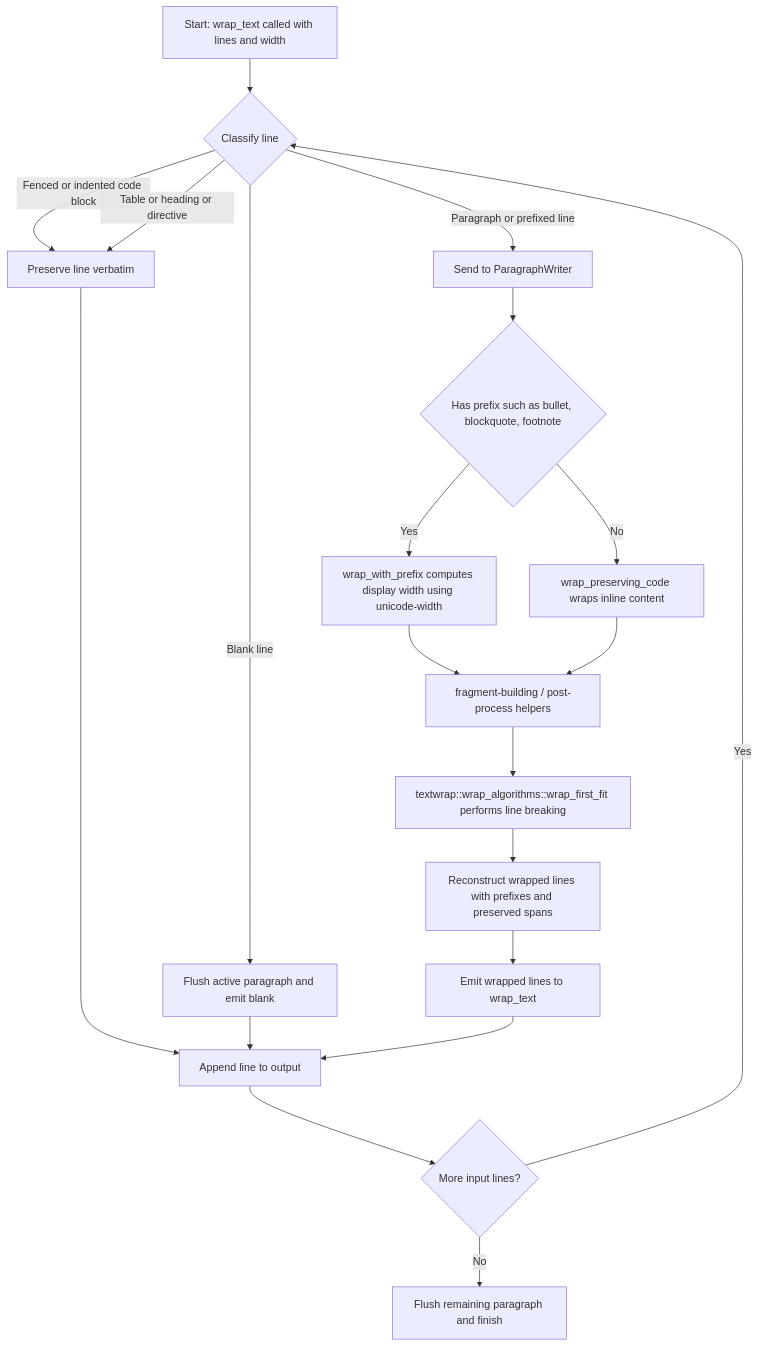
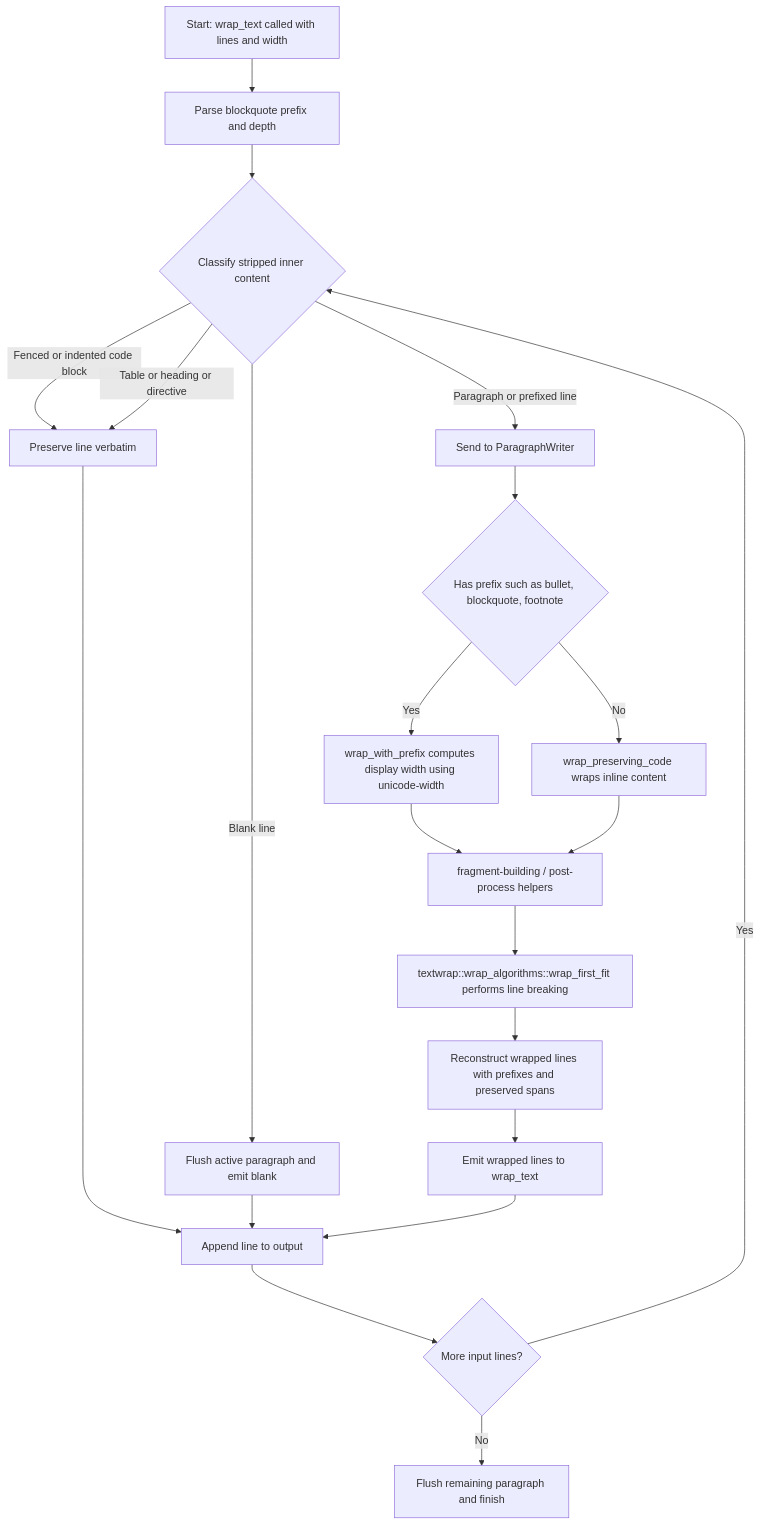
Before and after one commit to leynos/mdtablefix: the fourth of 6 diagrams in docs/architecture.md, drawn with Mermaid. The commit also changed other lines of this file and 21 other files, not shown here.

````diff
--- a/docs/architecture.md
+++ b/docs/architecture.md
@@ -507,28 +507,29 @@
 ```mermaid
 flowchart TD
-    A[Start: wrap_text called with lines and width] --> B{Classify line}
+    A[Start: wrap_text called with lines and width] --> P[Parse blockquote prefix and depth]
+    P --> B{Classify stripped inner content}
 
     B -->|Fenced or indented code block| C[Preserve line verbatim]
     B -->|Table or heading or directive| C
     B -->|Blank line| D[Flush active paragraph and emit blank]
     B -->|Paragraph or prefixed line| E[Send to ParagraphWriter]
 
     E --> F{Has prefix such as bullet, blockquote, footnote}
     F -->|Yes| G[wrap_with_prefix computes display width using unicode-width]
     F -->|No| H[wrap_preserving_code wraps inline content]
 
     G --> I[fragment-building / post-process helpers]
     H --> I
 
     I --> J[textwrap::wrap_algorithms::wrap_first_fit performs line breaking]
     J --> K[Reconstruct wrapped lines with prefixes and preserved spans]
     K --> L[Emit wrapped lines to wrap_text]
 
     C --> M[Append line to output]
     D --> M
     L --> M
 
     M --> N{More input lines?}
     N -->|Yes| B
     N -->|No| O[Flush remaining paragraph and finish]
 ```
````
